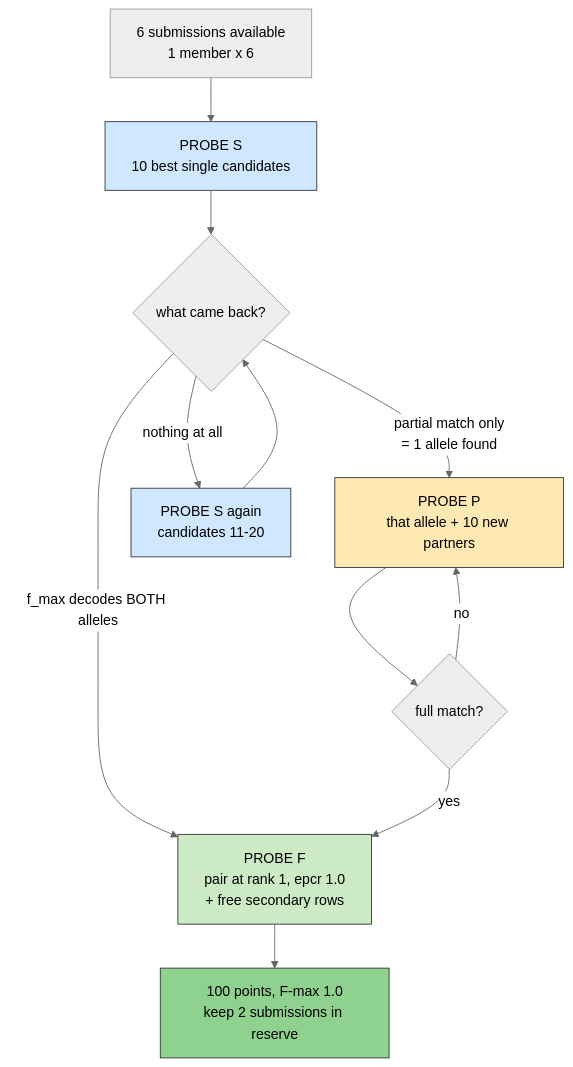
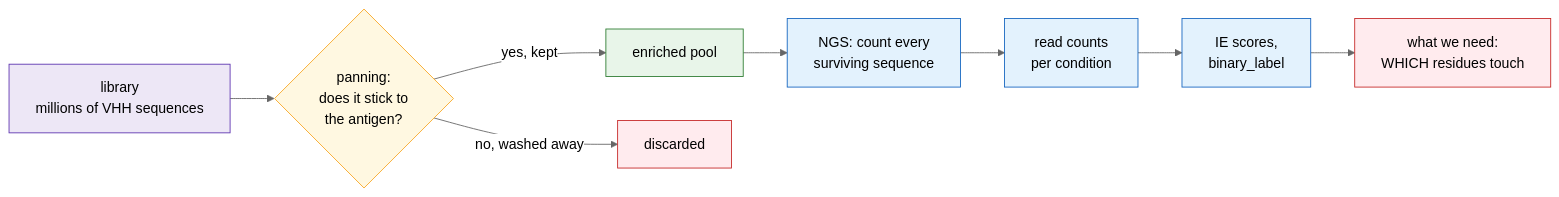
The fourth of 6 diagrams in docs/dictionary.md (agharsallah/mva-hackathon), drawn with Mermaid (neutral theme) before and after one commit. The commit also changed other lines of this file and 45 other files, not shown here.

````diff
--- a/docs/dictionary.md
+++ b/docs/dictionary.md
@@ -1684,18 +600,15 @@
 ```mermaid
-flowchart TB
-    ST["6 submissions available<br/>1 member x 6"] --> S1["PROBE S<br/>10 best single candidates"]
-    S1 --> D{"what came back?"}
-    D -->|"f_max decodes BOTH alleles"| FIN
-    D -->|"partial match only<br/>= 1 allele found"| P1["PROBE P<br/>that allele + 10 new partners"]
-    D -->|"nothing at all"| S2["PROBE S again<br/>candidates 11-20"]
-    S2 --> D
-    P1 --> D2{"full match?"}
-    D2 -->|"yes"| FIN["PROBE F<br/>pair at rank 1, epcr 1.0<br/>+ free secondary rows"]
-    D2 -->|"no"| P1
-    FIN --> WIN["100 points, F-max 1.0<br/>keep 2 submissions in reserve"]
-    style S1 fill:#cfe8ff,stroke:#333,color:#000
-    style S2 fill:#cfe8ff,stroke:#333,color:#000
-    style P1 fill:#ffe9b3,stroke:#333,color:#000
-    style FIN fill:#ccebc5,stroke:#333,color:#000
-    style WIN fill:#8fd18f,stroke:#333,color:#000
+graph LR
+    L["library<br/>millions of VHH sequences"]:::raw --> P{"panning:<br/>does it stick to<br/>the antigen?"}:::decision
+    P -->|"yes, kept"| E["enriched pool"]:::good
+    P -->|"no, washed away"| W["discarded"]:::bad
+    E --> N["NGS: count every<br/>surviving sequence"]:::machine
+    N --> C["read counts<br/>per condition"]:::machine
+    C --> S["IE scores,<br/>binary_label"]:::machine
+    S --> G["what we need:<br/>WHICH residues touch"]:::bad
+    classDef raw fill:#ede7f6,stroke:#5e35b1
+    classDef decision fill:#fff8e1,stroke:#f9a825
+    classDef good fill:#e8f5e9,stroke:#2e7d32
+    classDef bad fill:#ffebee,stroke:#c62828
+    classDef machine fill:#e3f2fd,stroke:#1565c0
 ```
````
